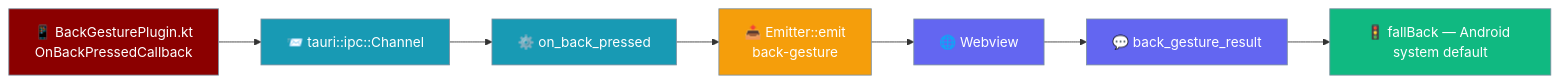
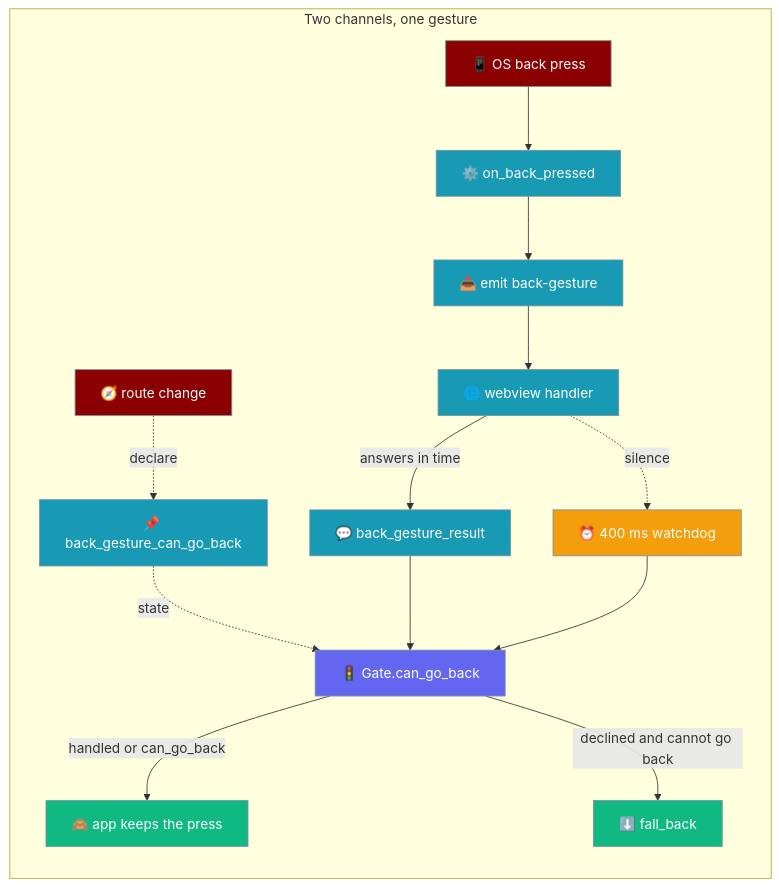
Before and after one commit to MervinPraison/PraisonAIDocs: the third of 5 diagrams in docs/features/mobile/native-shell.mdx, drawn with Mermaid. The commit also changed other lines of this file and 3 other files, not shown here.

First line of the commit message:
docs(mobile): document setCanGoBack declaration + moveTaskToBack root back behavior (fixes #3867)

````diff
--- a/docs/features/mobile/native-shell.mdx
+++ b/docs/features/mobile/native-shell.mdx
@@ -314,21 +320,29 @@
 ```mermaid
 graph LR
-    Kotlin[📱 BackGesturePlugin.kt<br/>OnBackPressedCallback] --> Channel[📨 tauri::ipc::Channel]
-    Channel --> Rust[⚙️ on_back_pressed]
-    Rust --> Emit[📤 Emitter::emit<br/>back-gesture]
-    Emit --> Web[🌐 Webview]
-    Web --> Result[💬 back_gesture_result]
-    Result --> Fall[🚦 fallBack — Android system default]
+    subgraph "Two channels, one gesture"
+        Route[🧭 route change] -.declare.-> Decl[📌 back_gesture_can_go_back]
+        Decl -.state.-> Gate[🚦 Gate.can_go_back]
 
-    classDef native fill:#8B0000,stroke:#7C90A0,color:#fff
+        Kotlin[📱 OS back press] --> Rust[⚙️ on_back_pressed]
+        Rust --> Emit[📤 emit back-gesture]
+        Emit --> Web[🌐 webview handler]
+        Web -->|answers in time| Result[💬 back_gesture_result]
+        Web -.silence.-> Timeout[⏰ 400 ms watchdog]
+        Result --> Gate
+        Timeout --> Gate
+        Gate -->|handled or can_go_back| Ignore[🙈 app keeps the press]
+        Gate -->|declined and cannot go back| Fall[⬇️ fall_back]
+    end
+
+    classDef event fill:#8B0000,stroke:#7C90A0,color:#fff
     classDef bridge fill:#189AB4,stroke:#7C90A0,color:#fff
-    classDef event fill:#F59E0B,stroke:#7C90A0,color:#fff
-    classDef web fill:#6366F1,stroke:#7C90A0,color:#fff
-    classDef gate fill:#10B981,stroke:#7C90A0,color:#fff
+    classDef state fill:#6366F1,stroke:#7C90A0,color:#fff
+    classDef watch fill:#F59E0B,stroke:#7C90A0,color:#fff
+    classDef out fill:#10B981,stroke:#7C90A0,color:#fff
 
-    class Kotlin native
-    class Channel,Rust bridge
-    class Emit event
-    class Web,Result web
-    class Fall gate
+    class Kotlin,Route event
+    class Rust,Emit,Web,Result,Decl bridge
+    class Gate state
+    class Timeout watch
+    class Ignore,Fall out
 ```
````
